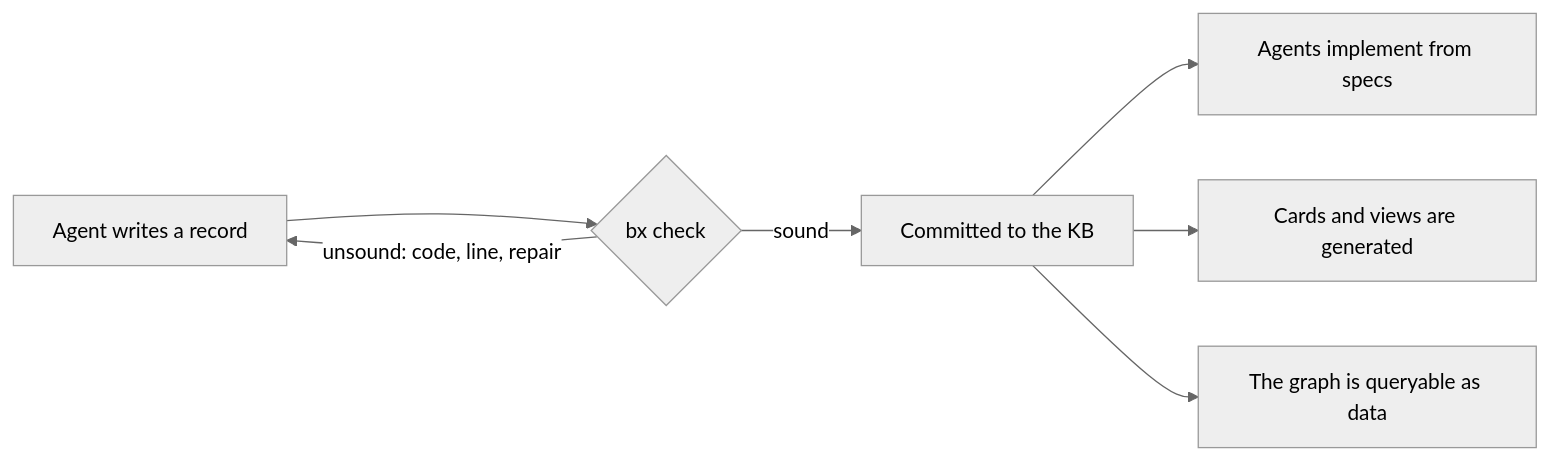
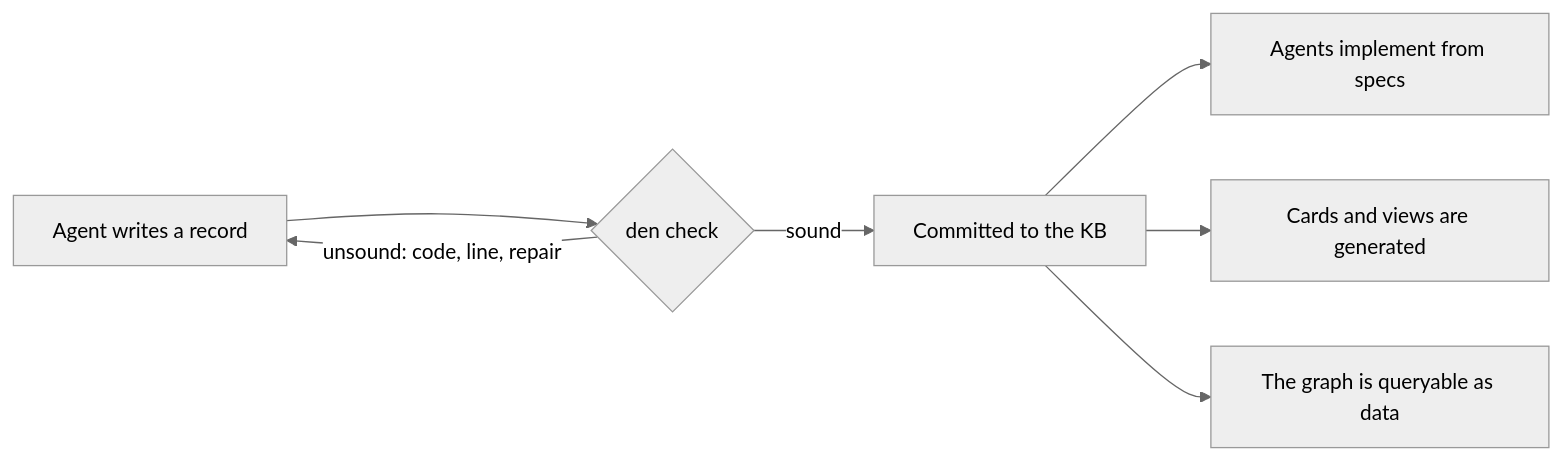
Before and after one commit to bboxy450/bboxy450-term: the diagram in .bboxy/specs/spec-language.md, drawn with Mermaid (neutral theme). The commit also changed other lines of this file, not shown here.

Commit message:
[skip ci] Den: name the language, add epic and loop as checked record kinds

````diff
--- a/.bboxy/specs/spec-language.md
+++ b/.bboxy/specs/spec-language.md
@@ -44,9 +44,9 @@
 ```mermaid
 flowchart LR
-  W[Agent writes a record] --> C{bx check}
+  W[Agent writes a record] --> C{den check}
   C -->|sound| K[Committed to the KB]
   C -->|unsound: code, line, repair| W
   K --> I[Agents implement from specs]
   K --> V[Cards and views are generated]
   K --> G[The graph is queryable as data]
 ```
````
